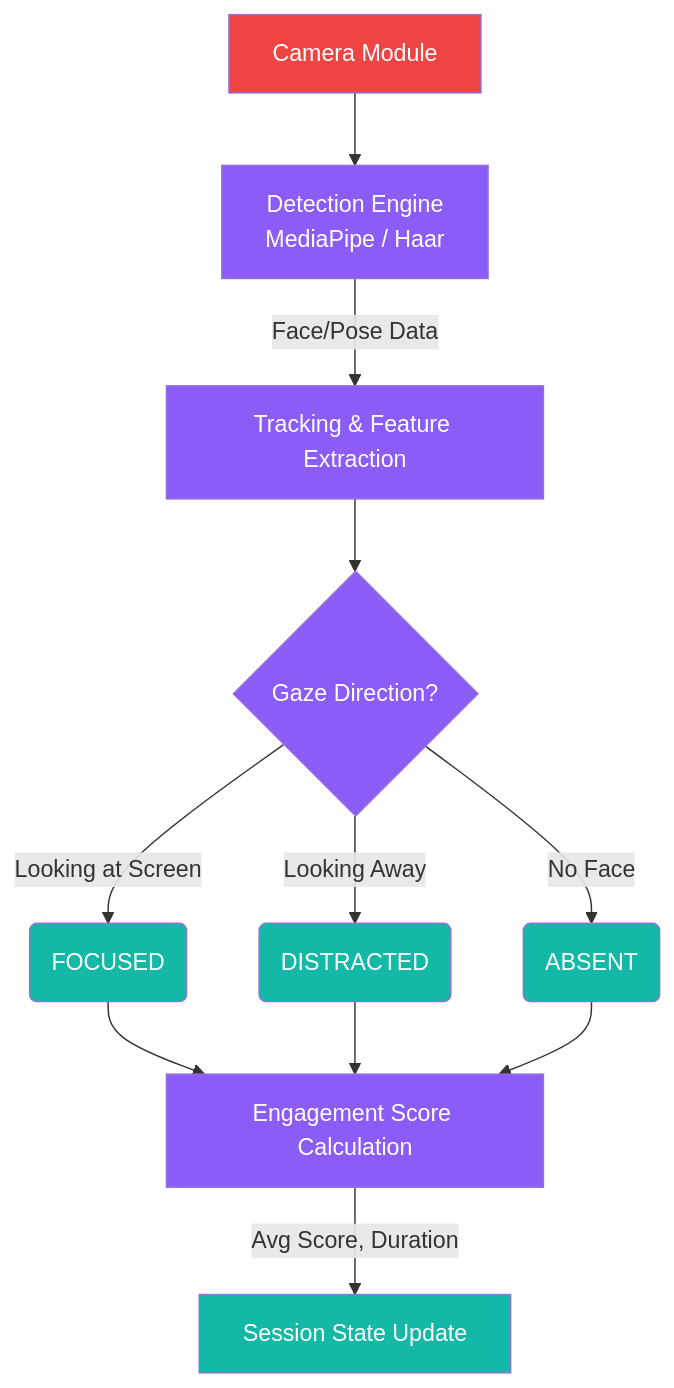
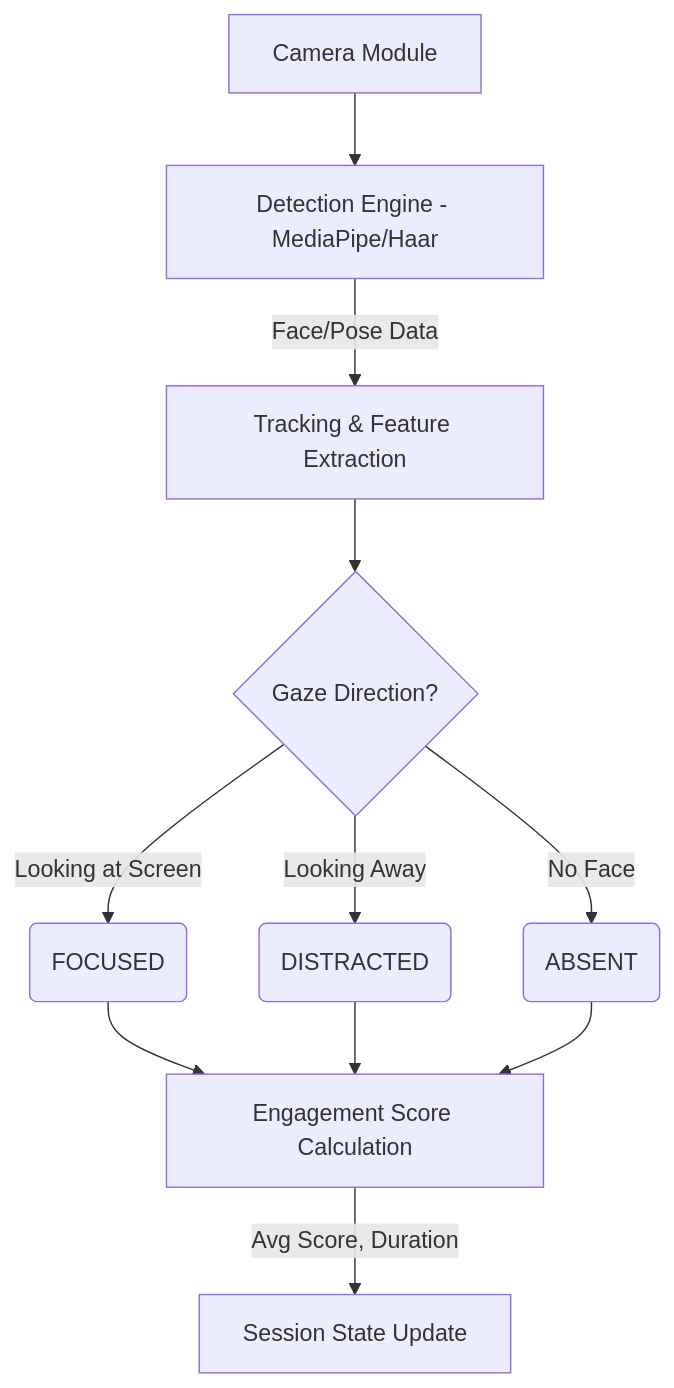
Before and after one commit to deepanmpc/LaRa: the second of 10 diagrams in ARCHITECTURE.md, drawn with Mermaid. The commit also changed other lines of this file, not shown here.

Commit message:
refactor: simplify Mermaid diagrams by removing styling classes and cleaning up node labels

````diff
--- a/ARCHITECTURE.md
+++ b/ARCHITECTURE.md
@@ -32,20 +27,16 @@
 ```mermaid
 graph TD
-    classDef input fill:#ef4444,color:#fff;
-    classDef process fill:#8b5cf6,color:#fff;
-    classDef state fill:#14b8a6,color:#fff;
-
-    Cam[Camera Module]:::input --> Det[Detection Engine<br>MediaPipe / Haar]:::process
-    Det --> |Face/Pose Data| Track[Tracking & Feature Extraction]:::process
+    Cam[Camera Module] --> Det[Detection Engine - MediaPipe/Haar]
+    Det --> |Face/Pose Data| Track[Tracking & Feature Extraction]
     
-    Track --> Gaze{Gaze Direction?}:::process
-    Gaze -->|Looking at Screen| Foc(FOCUSED):::state
-    Gaze -->|Looking Away| Dist(DISTRACTED):::state
-    Gaze -->|No Face| Abs(ABSENT):::state
+    Track --> Gaze{"Gaze Direction?"}
+    Gaze -->|Looking at Screen| Foc(FOCUSED)
+    Gaze -->|Looking Away| Dist(DISTRACTED)
+    Gaze -->|No Face| Abs(ABSENT)
     
-    Foc --> Calc[Engagement Score Calculation]:::process
+    Foc --> Calc[Engagement Score Calculation]
     Dist --> Calc
     Abs --> Calc
     
-    Calc --> |Avg Score, Duration| Ses[Session State Update]:::state
+    Calc --> |Avg Score, Duration| Ses[Session State Update]
 ```
````
